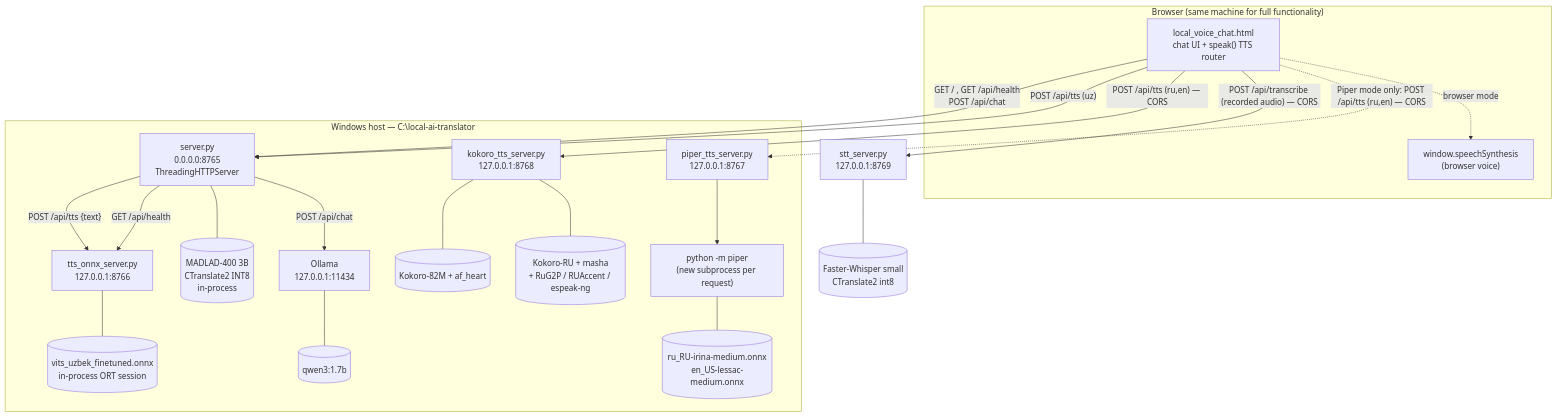
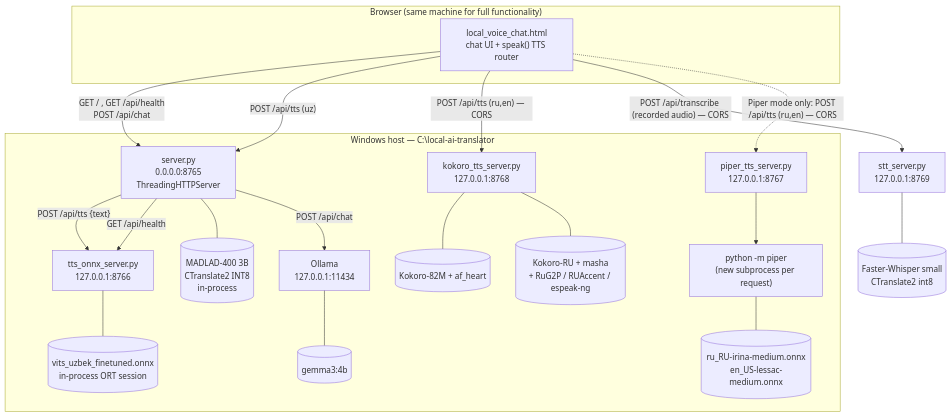
The first of 4 diagrams in docs/ARCHITECTURE.md (FirdavsNurmatov/local-ai-voice-assistant), drawn with Mermaid before and after one commit. The commit also changed other lines of this file and 18 other files, not shown here.

````diff
--- a/docs/ARCHITECTURE.md
+++ b/docs/ARCHITECTURE.md
@@ -9,39 +9,37 @@
 ```mermaid
 flowchart TB
     subgraph Browser["Browser (same machine for full functionality)"]
         UI["local_voice_chat.html<br/>chat UI + speak() TTS router"]
-        SS["window.speechSynthesis<br/>(browser voice)"]
     end
 
     subgraph Host["Windows host — C:\local-ai-translator"]
         S["server.py<br/>0.0.0.0:8765<br/>ThreadingHTTPServer"]
         MAD[("MADLAD-400 3B<br/>CTranslate2 INT8<br/>in-process")]
         U["tts_onnx_server.py<br/>127.0.0.1:8766"]
         UM[("vits_uzbek_finetuned.onnx<br/>in-process ORT session")]
         P["piper_tts_server.py<br/>127.0.0.1:8767"]
         PC["python -m piper<br/>(new subprocess per request)"]
         PM[("ru_RU-irina-medium.onnx<br/>en_US-lessac-medium.onnx")]
         K["kokoro_tts_server.py<br/>127.0.0.1:8768"]
         KE[("Kokoro-82M + af_heart")]
         KR[("Kokoro-RU + masha<br/>+ RuG2P / RUAccent / espeak-ng")]
         O["Ollama<br/>127.0.0.1:11434"]
-        Q[("qwen3:1.7b")]
+        Q[("gemma3:4b")]
     end
 
     UI -- "GET / , GET /api/health<br/>POST /api/chat" --> S
     UI -- "POST /api/tts (uz)" --> S
     S -- "POST /api/tts {text}" --> U
     S -- "GET /api/health" --> U
     S --- MAD
     S -- "POST /api/chat" --> O
     O --- Q
     U --- UM
     UI -- "POST /api/tts (ru,en) — CORS" --> K
     UI -- "POST /api/transcribe (recorded audio) — CORS" --> W["stt_server.py<br/>127.0.0.1:8769"]
     W --- WM[("Faster-Whisper small<br/>CTranslate2 int8")]
     UI -. "Piper mode only: POST /api/tts (ru,en) — CORS" .-> P
     K --- KE
     K --- KR
     P --> PC --- PM
-    UI -. "browser mode" .-> SS
 ```
````
